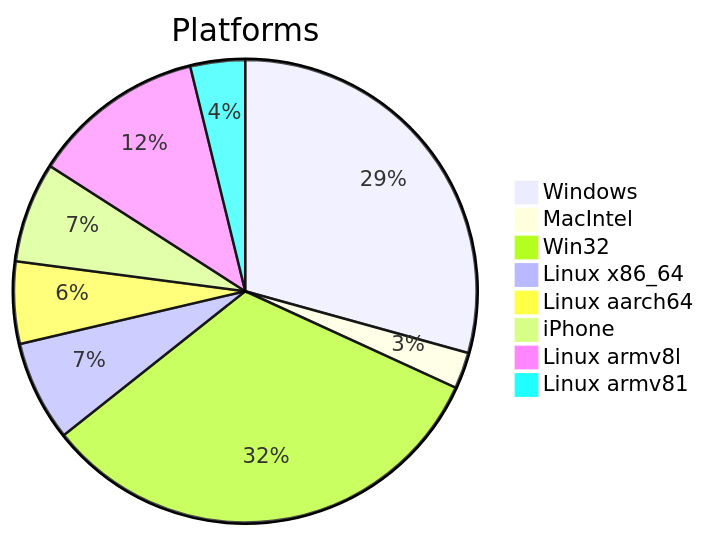
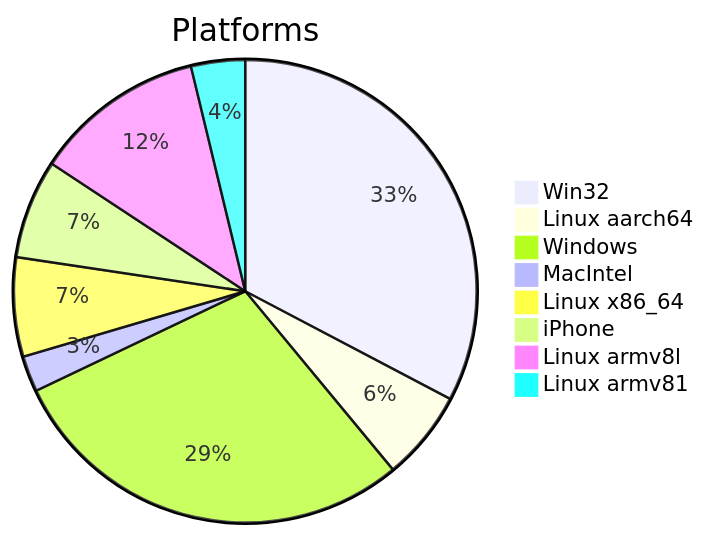
The first of 2 diagrams in DATA_REPORT.md (Krugou/socials), drawn with Mermaid before and after one commit. The commit also changed other lines of this file and 2 other files, not shown here.

````diff
--- a/DATA_REPORT.md
+++ b/DATA_REPORT.md
@@ -9,11 +9,11 @@
 ```mermaid
 pie title Platforms
+    "Win32" : 52
+    "Linux aarch64" : 10
     "Windows" : 46
     "MacIntel" : 4
-    "Win32" : 51
     "Linux x86_64" : 11
-    "Linux aarch64" : 9
     "iPhone" : 11
     "Linux armv8l" : 19
     "Linux armv81" : 6
 ```
````
